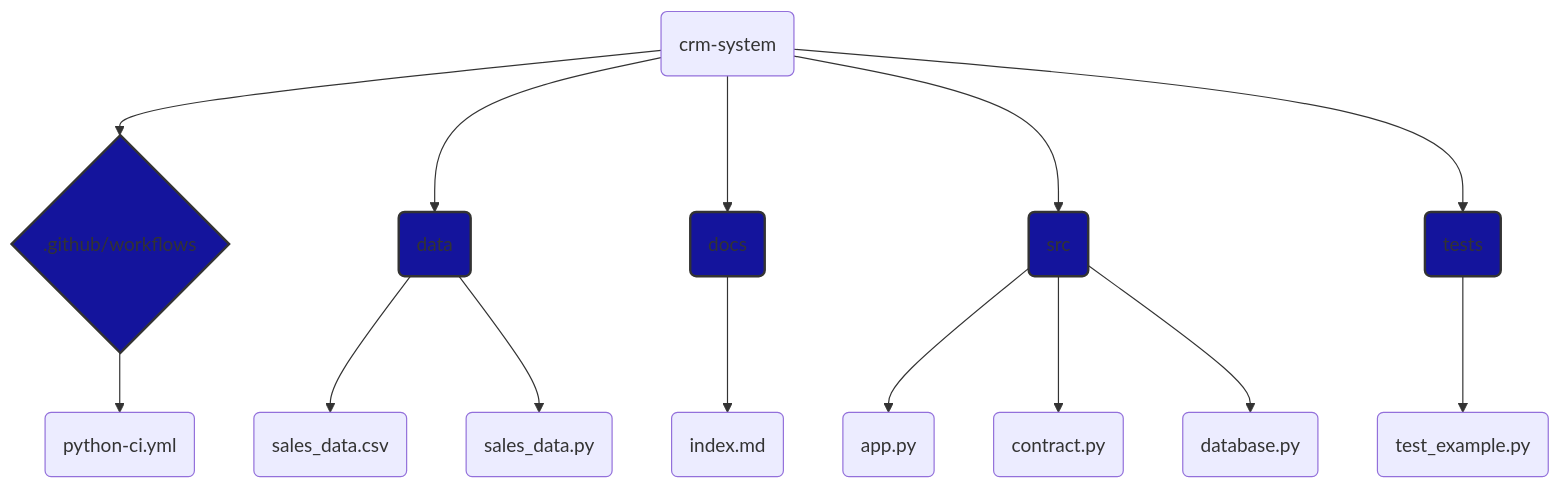
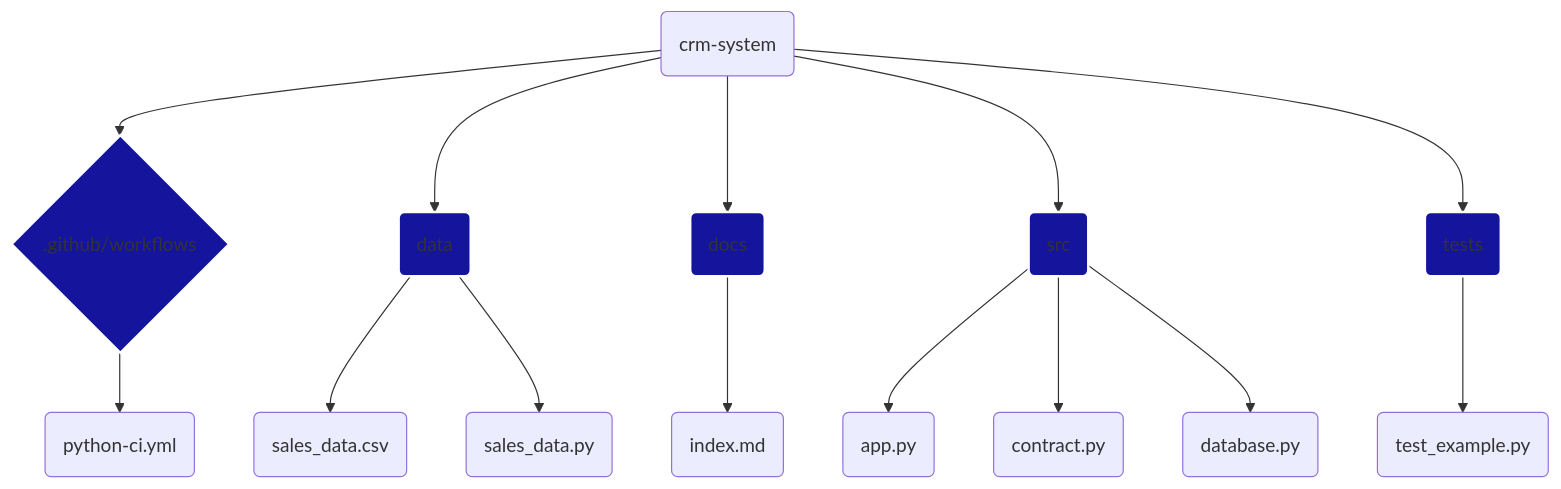
One commit to Jcnok/crm-system changed the diagram in README.md. Above: the diagram before and after it, drawn with Mermaid.

Commit message:
add: Readme

````diff
--- a/README.md
+++ b/README.md
@@ -10,23 +10,23 @@
 ```mermaid
 graph TD
     B(crm-system);
     B --> C{.github/workflows};
     B --> D(data);
     B --> E(docs);
     B --> F(src);
     B --> G(tests);
     C --> H(python-ci.yml);
     D --> I(sales_data.csv);
     D --> J(sales_data.py);
     E --> K(index.md);
     F --> M(app.py);
     F --> N(contract.py);
     F --> O(database.py);
     G --> P(test_example.py);
     
-    style C fill:#14149c,stroke:#333,stroke-width:2px
-    style D fill:#14149c,stroke:#333,stroke-width:2px
-    style E fill:#14149c,stroke:#333,stroke-width:2px
-    style F fill:#14149c,stroke:#333,stroke-width:2px
-    style G fill:#14149c,stroke:#333,stroke-width:2px
+    style C fill:#14149c,stroke:#ffffff,stroke-width:2px
+    style D fill:#14149c,stroke:#ffffff,stroke-width:2px
+    style E fill:#14149c,stroke:#ffffff,stroke-width:2px
+    style F fill:#14149c,stroke:#ffffff,stroke-width:2px
+    style G fill:#14149c,stroke:#ffffff,stroke-width:2px
 ```
````
